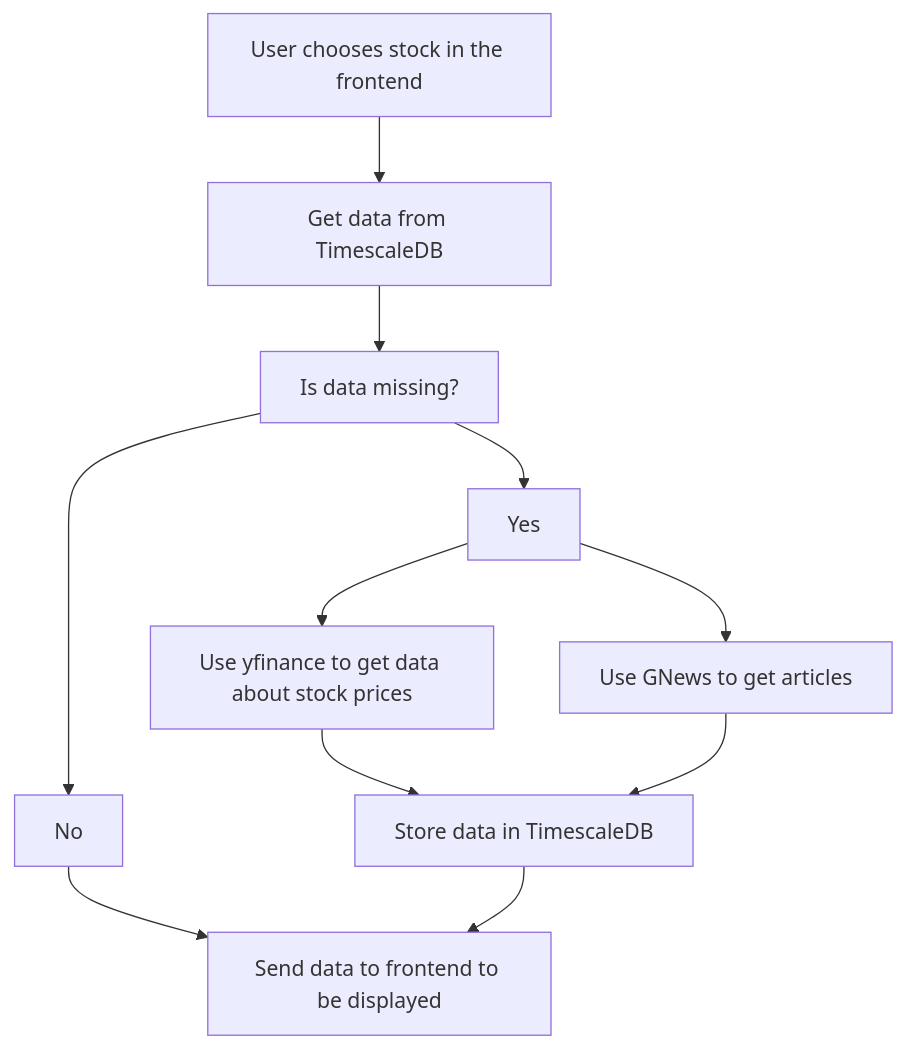
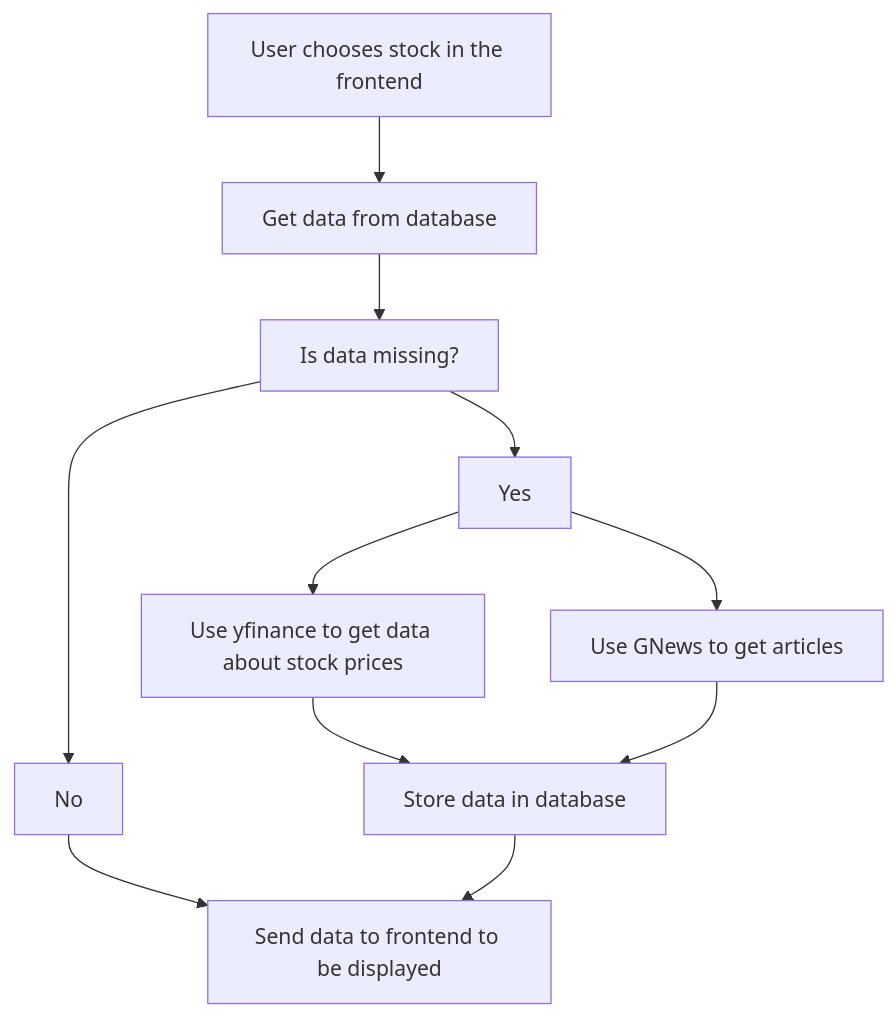
The diagram in README.md (Amitav-Krishna/stock_news), drawn with Mermaid before and after one commit. The commit also changed other lines of this file, not shown here.

Commit message:
Made README more concise

````diff
--- a/README.md
+++ b/README.md
@@ -20,13 +20,13 @@
 ```mermaid
 graph TD
-    A[User chooses stock in the frontend] --> B[Get data from TimescaleDB]
+    A[User chooses stock in the frontend] --> B[Get data from database]
     B --> C[Is data missing?]
     C --> D[No]
 	C --> E[Yes]
 	D --> F[Send data to frontend to be displayed]
     E --> G[Use yfinance to get data about stock prices]
     E --> H[Use GNews to get articles]
-    G --> I[Store data in TimescaleDB]
+    G --> I[Store data in database]
     H --> I
     I --> F
 ```
````
